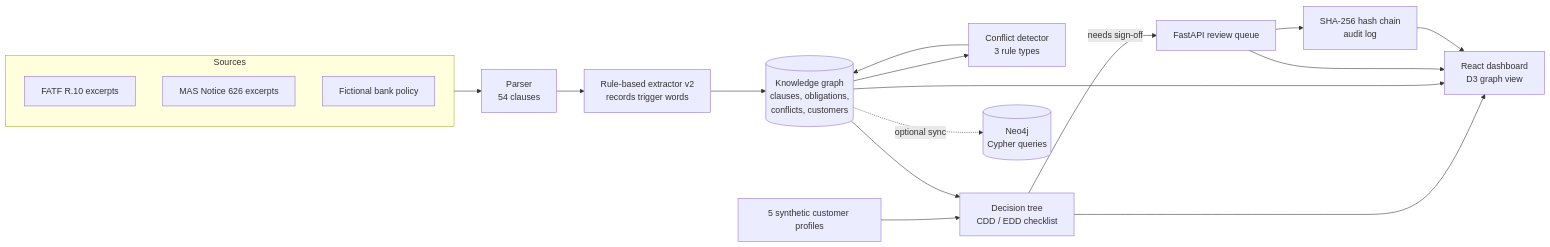
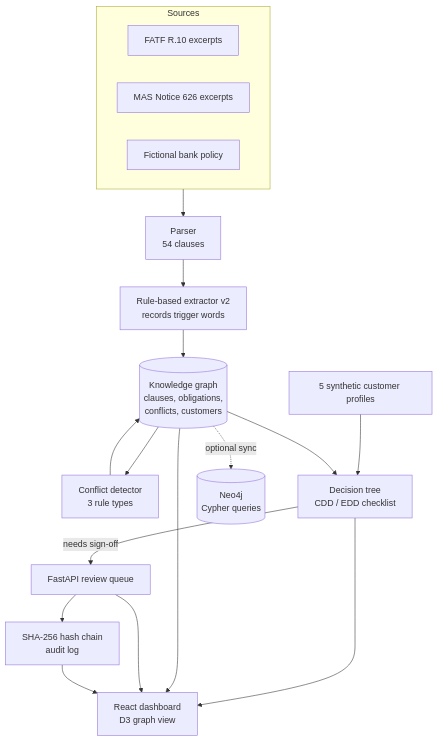
One commit to DancinAndrew/CDD-GraphWiki changed the diagram in README.md. Above: the diagram before and after it, drawn with Mermaid.

Commit message:
README: draw the long pipeline diagram top-down so it stays readable

````diff
--- a/README.md
+++ b/README.md
@@ -27,22 +27,22 @@
 ```mermaid
-flowchart LR
+flowchart TD
     subgraph Sources
         S1[FATF R.10 excerpts]
         S2[MAS Notice 626 excerpts]
         S3[Fictional bank policy]
     end
     Sources --> P[Parser<br/>54 clauses]
     P --> X[Rule-based extractor v2<br/>records trigger words]
     X --> G[(Knowledge graph<br/>clauses, obligations,<br/>conflicts, customers)]
     G --> C[Conflict detector<br/>3 rule types]
     C --> G
     CU[5 synthetic customer profiles] --> D[Decision tree<br/>CDD / EDD checklist]
     G --> D
     D -->|needs sign-off| Q[FastAPI review queue]
     D --> UI
     Q --> A[SHA-256 hash chain<br/>audit log]
     G -.optional sync.-> N[(Neo4j<br/>Cypher queries)]
     G --> UI[React dashboard<br/>D3 graph view]
     Q --> UI
     A --> UI
 ```
````
